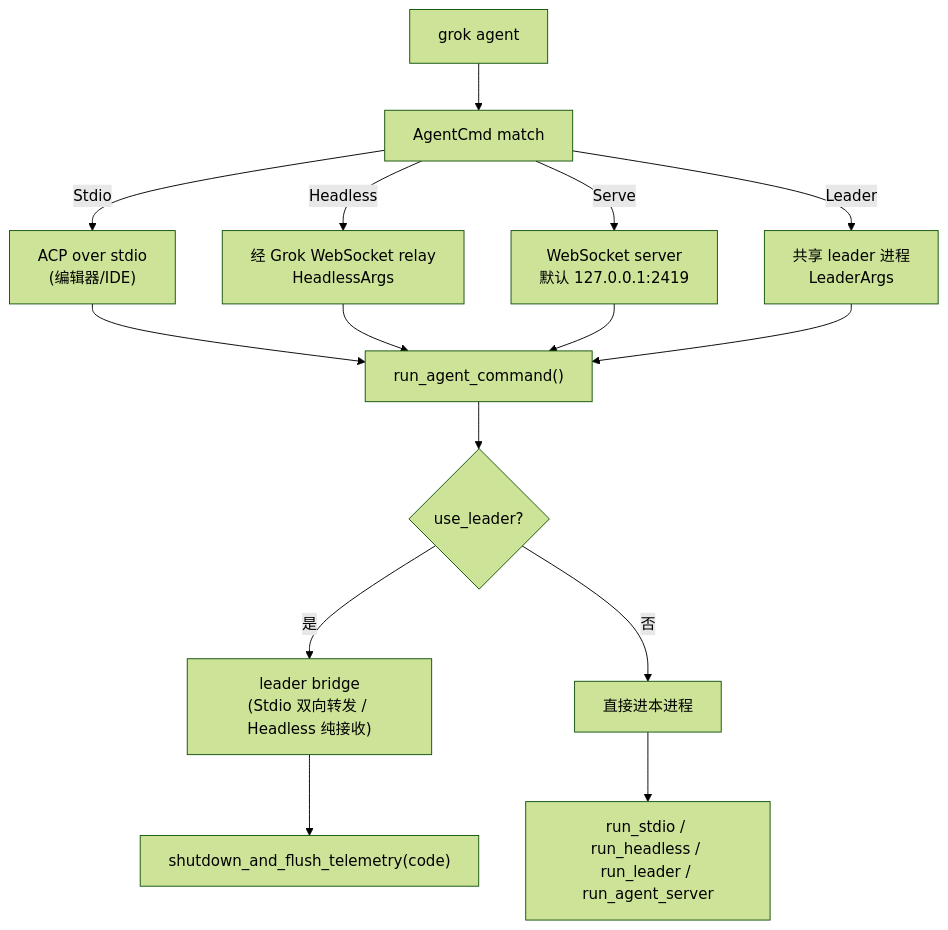
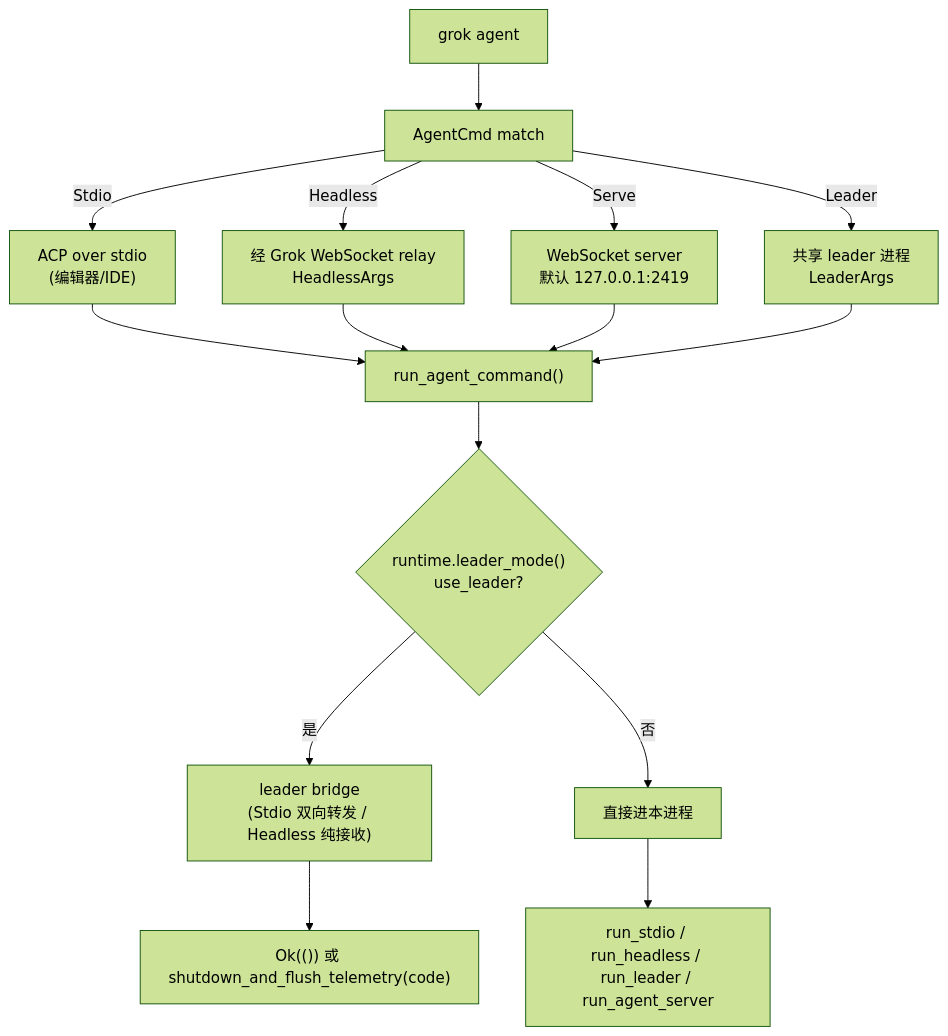
The diagram in docs/adrian/sourceReader/07-程序入口与运行模式.md (adrian9778/grok-build), drawn with Mermaid (forest theme) before and after one commit. The commit also changed other lines of this file and 18 other files, not shown here.

````diff
--- a/docs/adrian/sourceReader/07-程序入口与运行模式.md
+++ b/docs/adrian/sourceReader/07-程序入口与运行模式.md
@@ -170,17 +193,17 @@
 ```mermaid
 flowchart TD
     A["grok agent <sub>"] --> S["AgentCmd match"]
     S -->|Stdio| B["ACP over stdio<br/>(编辑器/IDE)"]
     S -->|Headless| C["经 Grok WebSocket relay<br/>HeadlessArgs"]
     S -->|Serve| D["WebSocket server<br/>默认 127.0.0.1:2419"]
     S -->|Leader| E["共享 leader 进程<br/>LeaderArgs"]
     B --> R["run_agent_command()"]
     C --> R
     D --> R
     E --> R
-    R --> L{"use_leader?"}
+    R --> L{"runtime.leader_mode()<br/>use_leader?"}
     L -->|是| BR["leader bridge<br/>(Stdio 双向转发 / Headless 纯接收)"]
     L -->|否| DIRECT["直接进本进程"]
-    BR --> F["shutdown_and_flush_telemetry(code)"]
+    BR --> F["Ok(()) 或 shutdown_and_flush_telemetry(code)"]
     DIRECT --> G["run_stdio / run_headless / run_leader / run_agent_server"]
 ```
````
